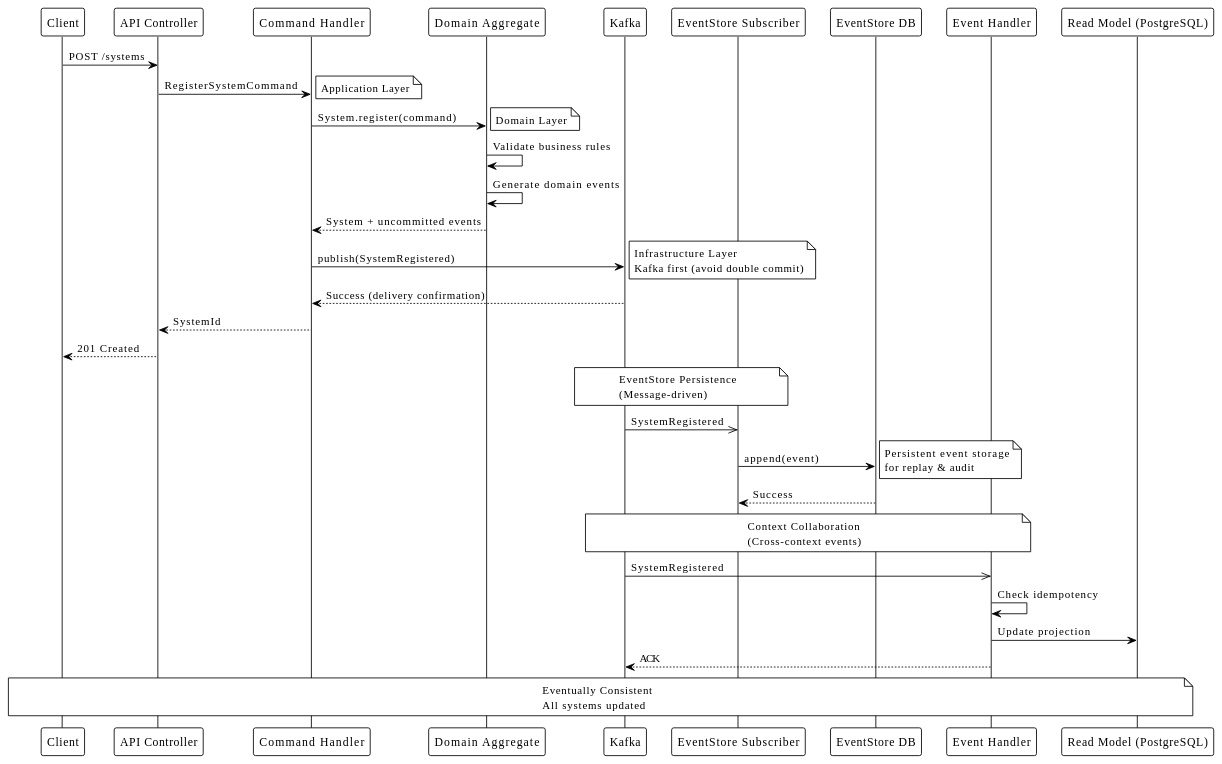
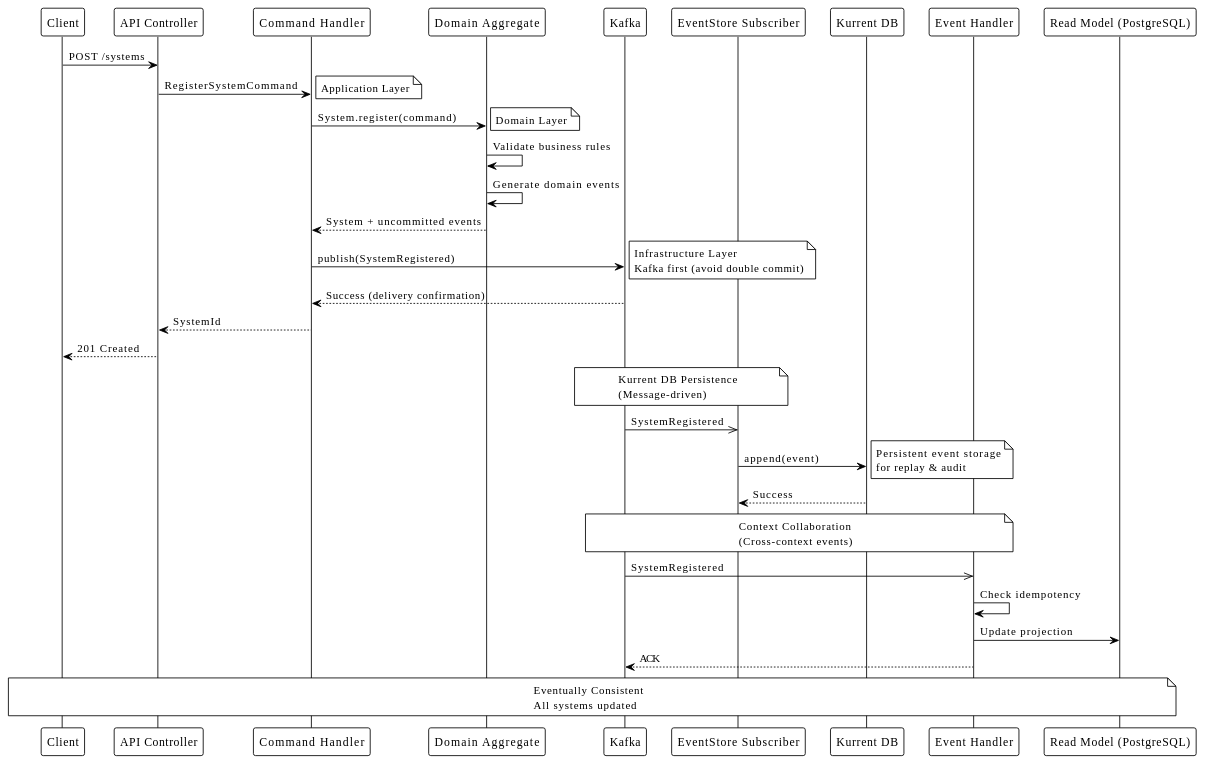
The first of 7 diagrams in docs/architecture/event-sourcing-cqrs.md (masakazu1967/system-board), drawn with PlantUML before and after one commit. The commit also changed other lines of this file and 4 other files, not shown here.

````diff
--- a/docs/architecture/event-sourcing-cqrs.md
+++ b/docs/architecture/event-sourcing-cqrs.md
@@ -23,45 +46,45 @@
 ```plantuml
 @startuml event_store_flow
 !theme plain
 
 participant "Client" as Client
 participant "API Controller" as API
 participant "Command Handler" as CH
 participant "Domain Aggregate" as DA
 participant "Kafka" as Kafka
 participant "EventStore Subscriber" as ESub
-participant "EventStore DB" as ES
+participant "Kurrent DB" as ES
 participant "Event Handler" as EH
 participant "Read Model (PostgreSQL)" as RM
 
 Client -> API: POST /systems
 API -> CH: RegisterSystemCommand
 note right: Application Layer
 
 CH -> DA: System.register(command)
 note right: Domain Layer
 DA -> DA: Validate business rules
 DA -> DA: Generate domain events
 DA --> CH: System + uncommitted events
 
 CH -> Kafka: publish(SystemRegistered)
 note right: Infrastructure Layer\nKafka first (avoid double commit)
 Kafka --> CH: Success (delivery confirmation)
 CH --> API: SystemId
 API --> Client: 201 Created
 
-note over Kafka,ESub: EventStore Persistence\n(Message-driven)
+note over Kafka,ESub: Kurrent DB Persistence\n(Message-driven)
 Kafka ->> ESub: SystemRegistered
 ESub -> ES: append(event)
 note right: Persistent event storage\nfor replay & audit
 ES --> ESub: Success
 
 note over Kafka,EH: Context Collaboration\n(Cross-context events)
 Kafka ->> EH: SystemRegistered
 EH -> EH: Check idempotency
 EH -> RM: Update projection
 EH --> Kafka: ACK
 
 note over Client,RM: Eventually Consistent\nAll systems updated
 @enduml
 ```
````
